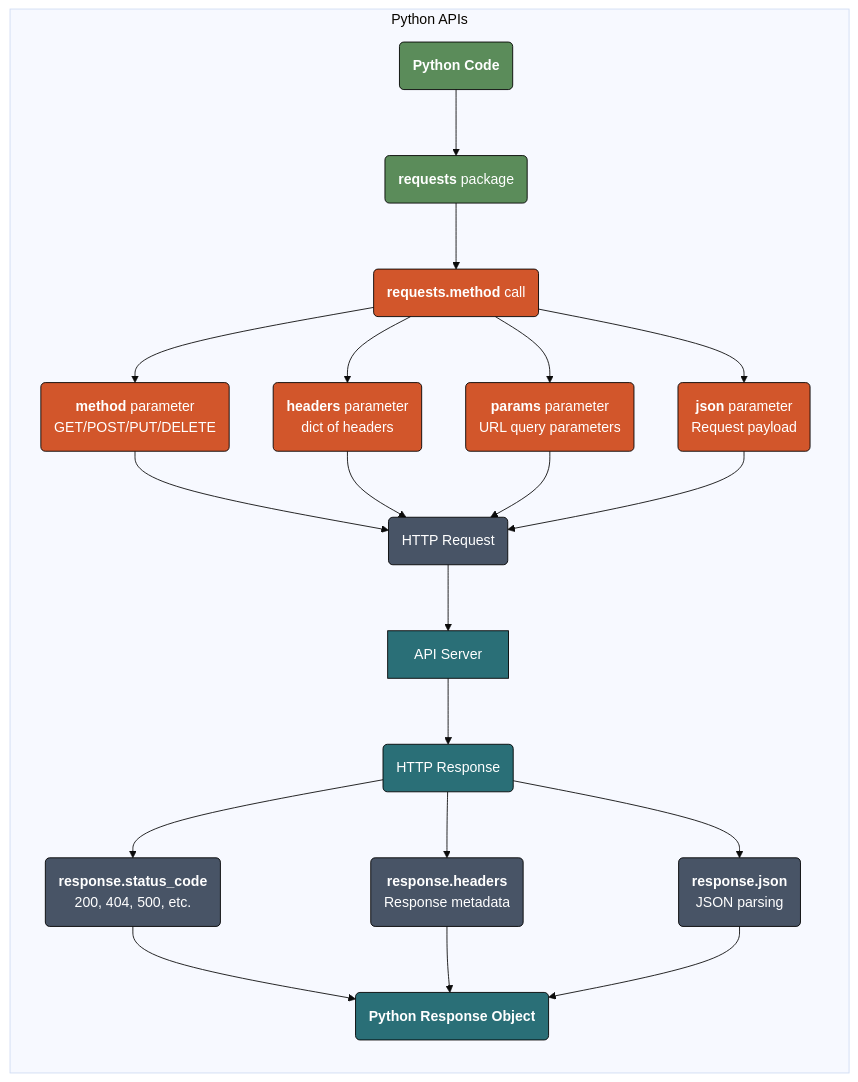
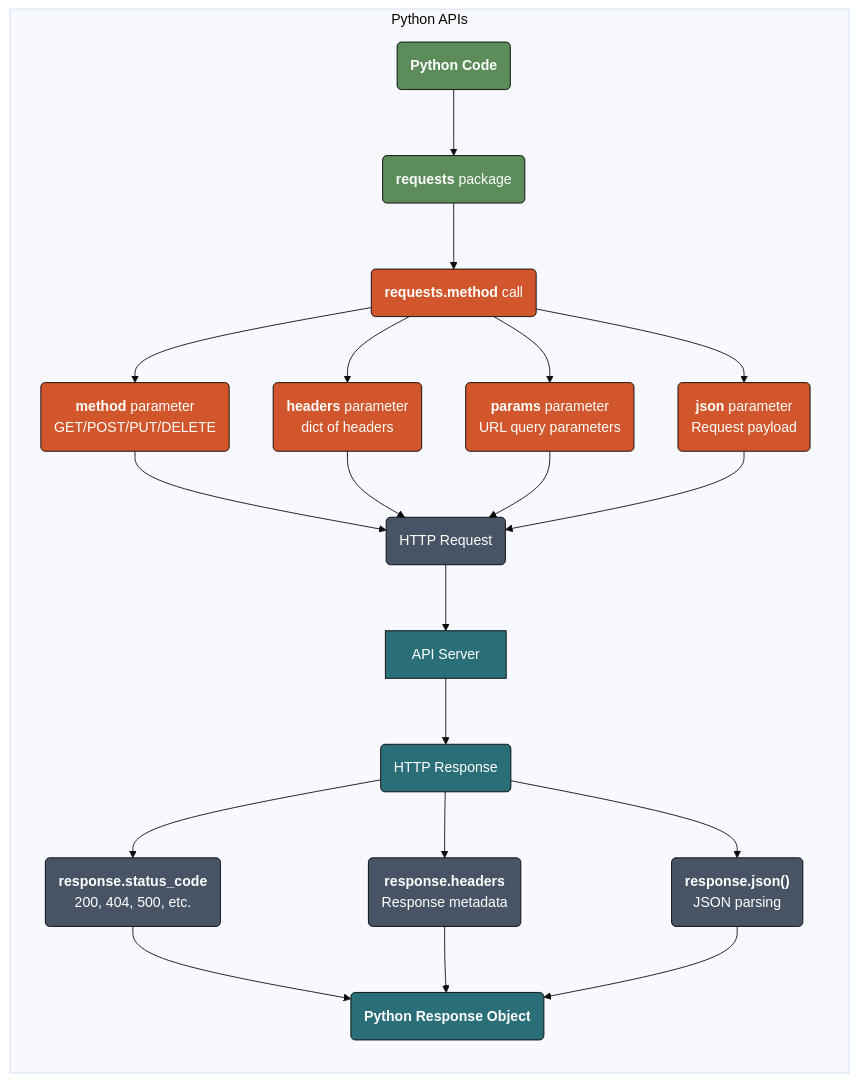
One commit to mjfrigaard/do4ds-labs changed the sixth of 7 diagrams in lab03.qmd. Above: the diagram before and after it, drawn with Mermaid. The commit also changed other lines of this file and 15 other files, not shown here.

````diff
--- a/lab03.qmd
+++ b/lab03.qmd
@@ -304,42 +300,42 @@
 ```{mermaid}
 %%| fig-cap: 'Python API Requests'
 %%{init: {'theme': 'base', 'look': 'classic', 'themeVariables': {'fontFamily': 'monospace'}}}%%
 
 graph LR
 	subgraph "Python APIs"
 		A2("<strong>Python Code</strong>") --> B2("<strong>requests</strong> package")
 		B2 --> C2("<strong>requests.method</strong> call")
 		C2 --> D2("<strong>method</strong> parameter<br>GET/POST/PUT/DELETE")
 		C2 --> E2("<strong>headers</strong> parameter<br>dict of headers")
 		C2 --> F2("<strong>params</strong> parameter<br>URL query parameters")
 		C2 --> G2("<strong>json</strong> parameter<br>Request payload")
 		D2 --> H2("HTTP Request")
 		E2 --> H2
 		F2 --> H2
 		G2 --> H2
 		H2 --> I2["API Server"]
 		I2 --> J2("HTTP Response")
 		J2 --> K2("<strong>response.status_code</strong><br>200, 404, 500, etc.")
 		J2 --> L2("<strong>response.headers</strong><br>Response metadata")
-		J2 --> M2("<strong>response.json</strong><br>JSON parsing")
+		J2 --> M2("<strong>response.json()</strong><br>JSON parsing")
 		K2 --> N2("<strong>Python Response Object</strong>")
 		L2 --> N2
 		M2 --> N2
 	end
     style A2 fill:#5B8C5A,stroke:#000000,stroke-width:1px,color:#ffffff
     style B2 fill:#5B8C5A,stroke:#000000,stroke-width:1px,color:#ffffff
     style C2 fill:#D2562B,stroke:#000000,stroke-width:1px,color:#ffffff
     style D2 fill:#D2562B,stroke:#000000,stroke-width:1px,color:#ffffff
     style E2 fill:#D2562B,stroke:#000000,stroke-width:1px,color:#ffffff
     style F2 fill:#D2562B,stroke:#000000,stroke-width:1px,color:#ffffff
     style G2 fill:#D2562B,stroke:#000000,stroke-width:1px,color:#ffffff
     style H2 fill:#485466,stroke:#000000,stroke-width:1px,color:#ffffff
     style I2 fill:#2A6F77,stroke:#000000,stroke-width:1px,color:#ffffff
     style J2 fill:#2A6F77,stroke:#000000,stroke-width:1px,color:#ffffff
     style K2 fill:#485466,stroke:#000000,stroke-width:1px,color:#ffffff
     style L2 fill:#485466,stroke:#000000,stroke-width:1px,color:#ffffff
     style M2 fill:#485466,stroke:#000000,stroke-width:1px,color:#ffffff
     style N2 fill:#2A6F77,stroke:#000000,stroke-width:1px,color:#ffffff
 
     
 ```
````
